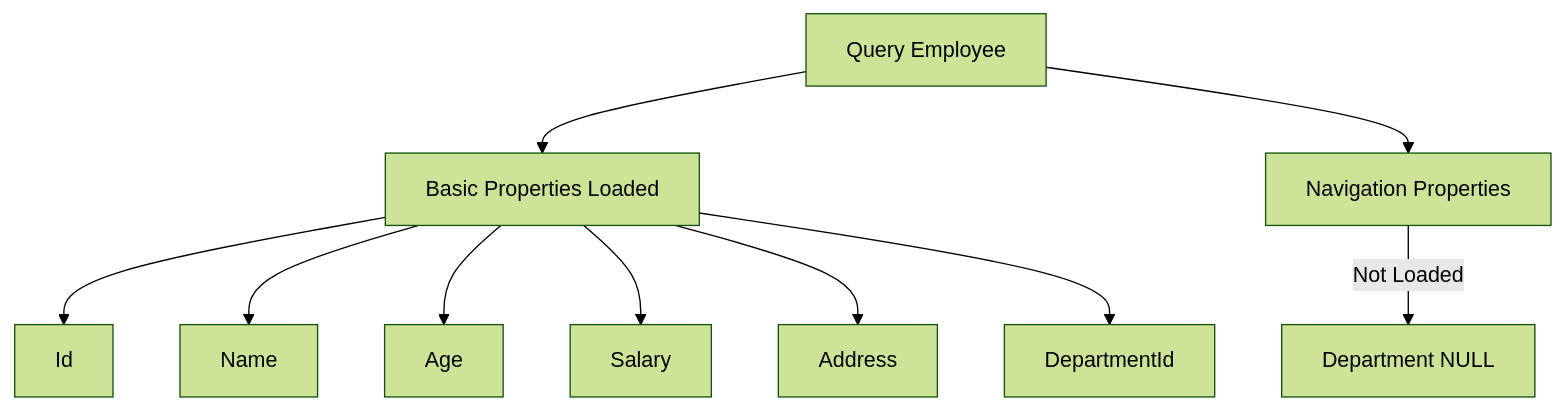
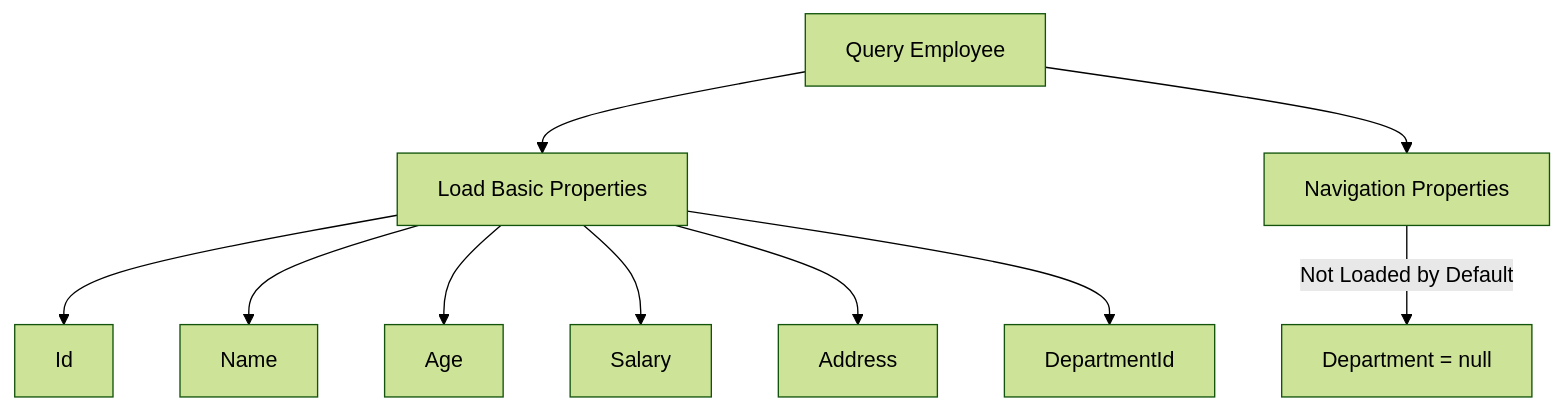
The first of 2 diagrams in README.md (Moemen99/EF-08), drawn with Mermaid (forest theme) before and after one commit.

````diff
--- a/README.md
+++ b/README.md
@@ -31,12 +31,12 @@
 ```mermaid
-graph TD
-    A[Query Employee] --> B[Basic Properties Loaded]
-    A --> C[Navigation Properties]
-    B --> D[Id]
-    B --> E[Name]
-    B --> F[Age]
-    B --> G[Salary]
-    B --> H[Address]
-    B --> I[DepartmentId]
-    C -->|Not Loaded| J[Department NULL]
+flowchart TD
+    A["Query Employee"] --> B["Load Basic Properties"]
+    A --> C["Navigation Properties"]
+    B --> D["Id"]
+    B --> E["Name"]
+    B --> F["Age"]
+    B --> G["Salary"]
+    B --> H["Address"]
+    B --> I["DepartmentId"]
+    C -->|Not Loaded by Default| J["Department = null"]
 ```
````
